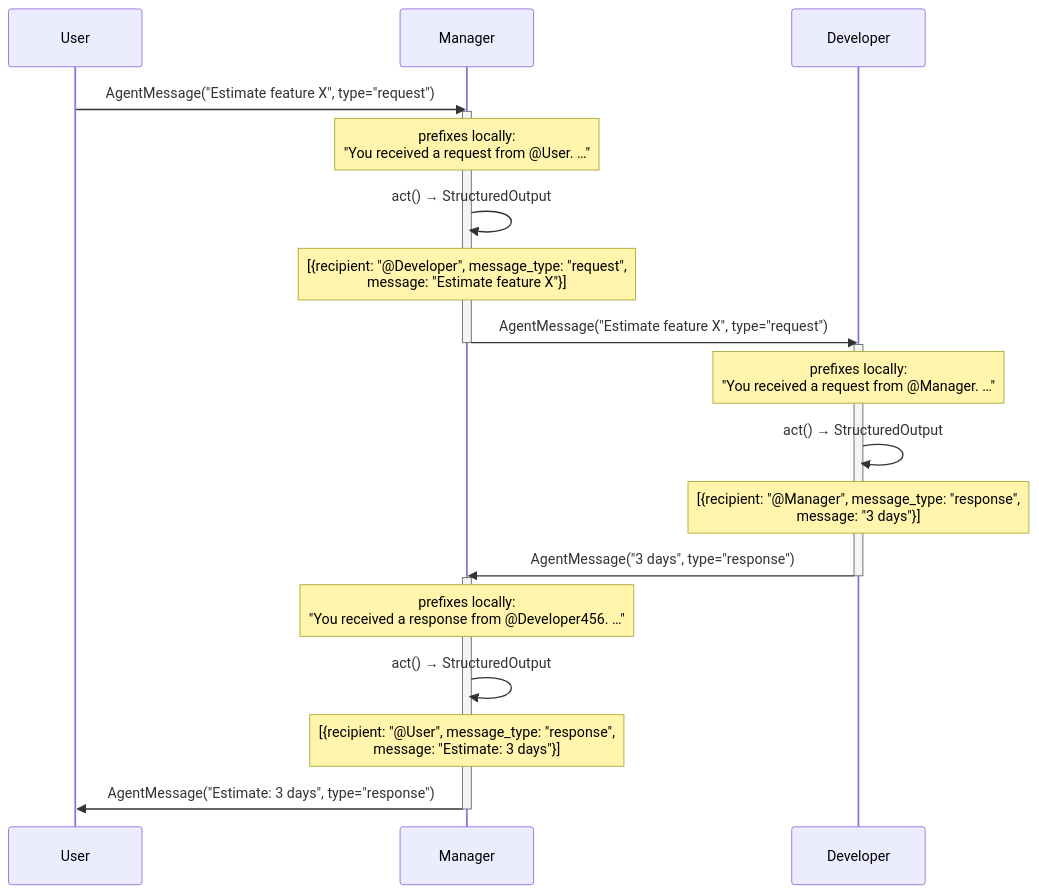
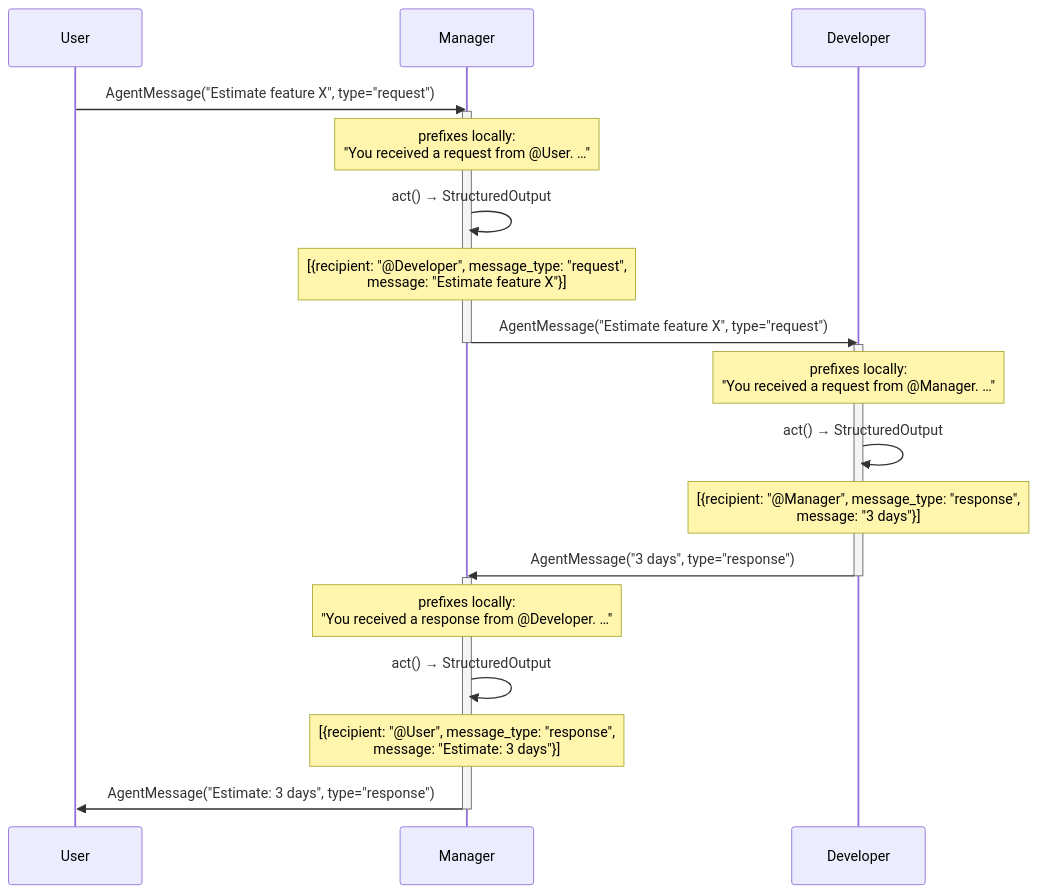
The third of 5 diagrams in docs/agent-collaboration.md (b12consulting/akgentic-agent), drawn with Mermaid before and after one commit. The commit also changed other lines of this file and 1 other file, not shown here.

````diff
--- a/docs/agent-collaboration.md
+++ b/docs/agent-collaboration.md
@@ -423,28 +471,28 @@
 ```mermaid
 sequenceDiagram
     participant User
     participant Manager
     participant Developer
 
     User->>Manager: AgentMessage("Estimate feature X", type="request")
     activate Manager
     Note over Manager: prefixes locally:<br/>"You received a request from @User. …"
     Manager->>Manager: act() → StructuredOutput
     Note over Manager: [{recipient: "@Developer", message_type: "request",<br/>message: "Estimate feature X"}]
     Manager->>Developer: AgentMessage("Estimate feature X", type="request")
     deactivate Manager
 
     activate Developer
     Note over Developer: prefixes locally:<br/>"You received a request from @Manager. …"
     Developer->>Developer: act() → StructuredOutput
     Note over Developer: [{recipient: "@Manager", message_type: "response",<br/>message: "3 days"}]
     Developer->>Manager: AgentMessage("3 days", type="response")
     deactivate Developer
 
     activate Manager
-    Note over Manager: prefixes locally:<br/>"You received a response from @Developer456. …"
+    Note over Manager: prefixes locally:<br/>"You received a response from @Developer. …"
     Manager->>Manager: act() → StructuredOutput
     Note over Manager: [{recipient: "@User", message_type: "response",<br/>message: "Estimate: 3 days"}]
     Manager->>User: AgentMessage("Estimate: 3 days", type="response")
     deactivate Manager
 ```
````
